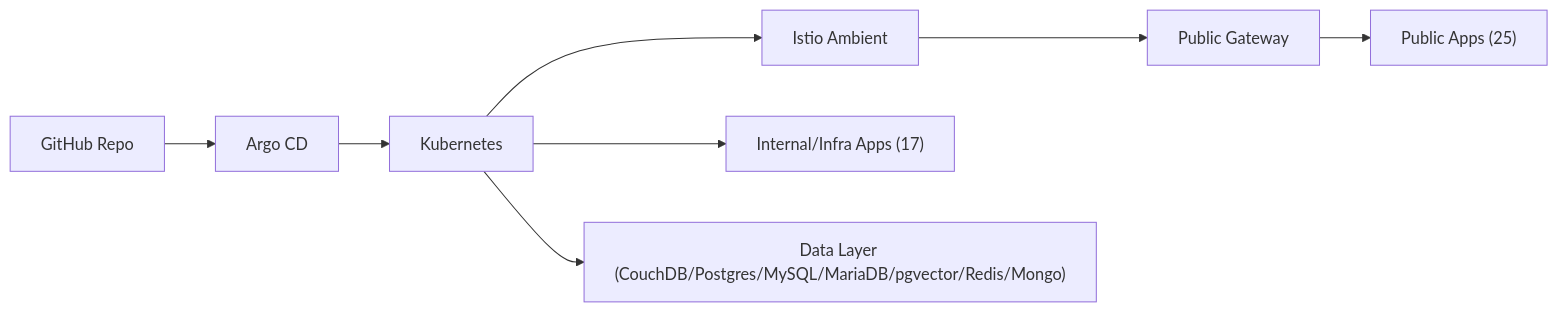
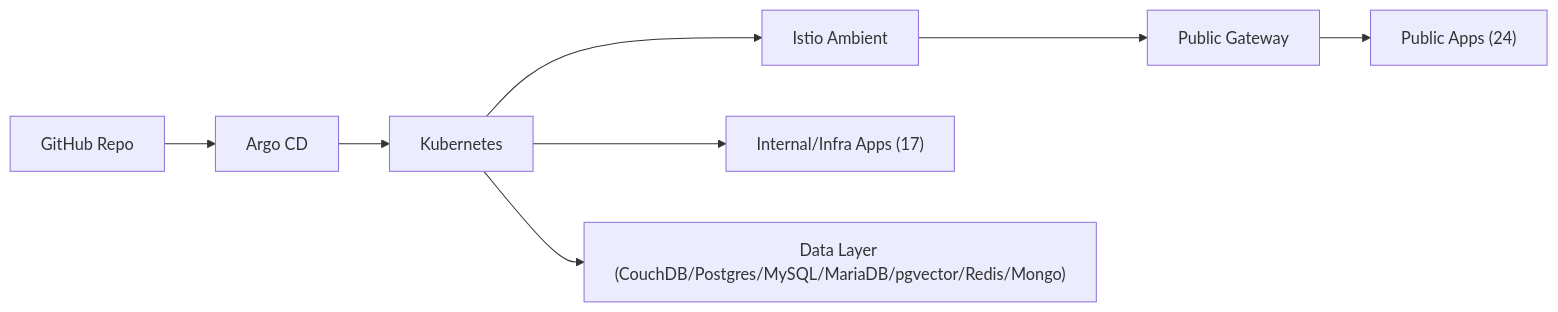
Before and after one commit to noeulnight/homelab: the diagram in README.md, drawn with Mermaid. The commit also changed other lines of this file and 7 other files, not shown here.

````diff
--- a/README.md
+++ b/README.md
@@ -15,10 +15,10 @@
 ```mermaid
 flowchart LR
   GitHub["GitHub Repo"] --> Argo["Argo CD"]
   Argo --> K8s["Kubernetes"]
   K8s --> Istio["Istio Ambient"]
   Istio --> Gateway["Public Gateway"]
-  Gateway --> PublicApps["Public Apps (25)"]
+  Gateway --> PublicApps["Public Apps (24)"]
   K8s --> InternalApps["Internal/Infra Apps (17)"]
   K8s --> Data["Data Layer (CouchDB/Postgres/MySQL/MariaDB/pgvector/Redis/Mongo)"]
 ```
````
